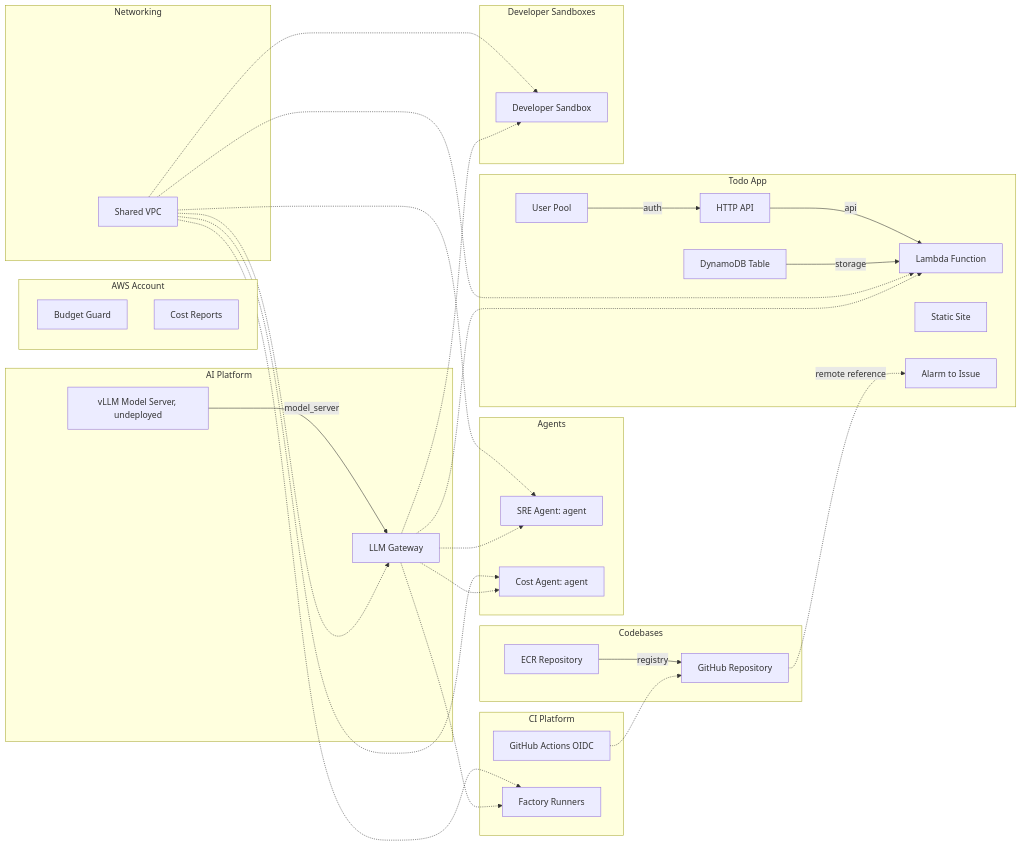
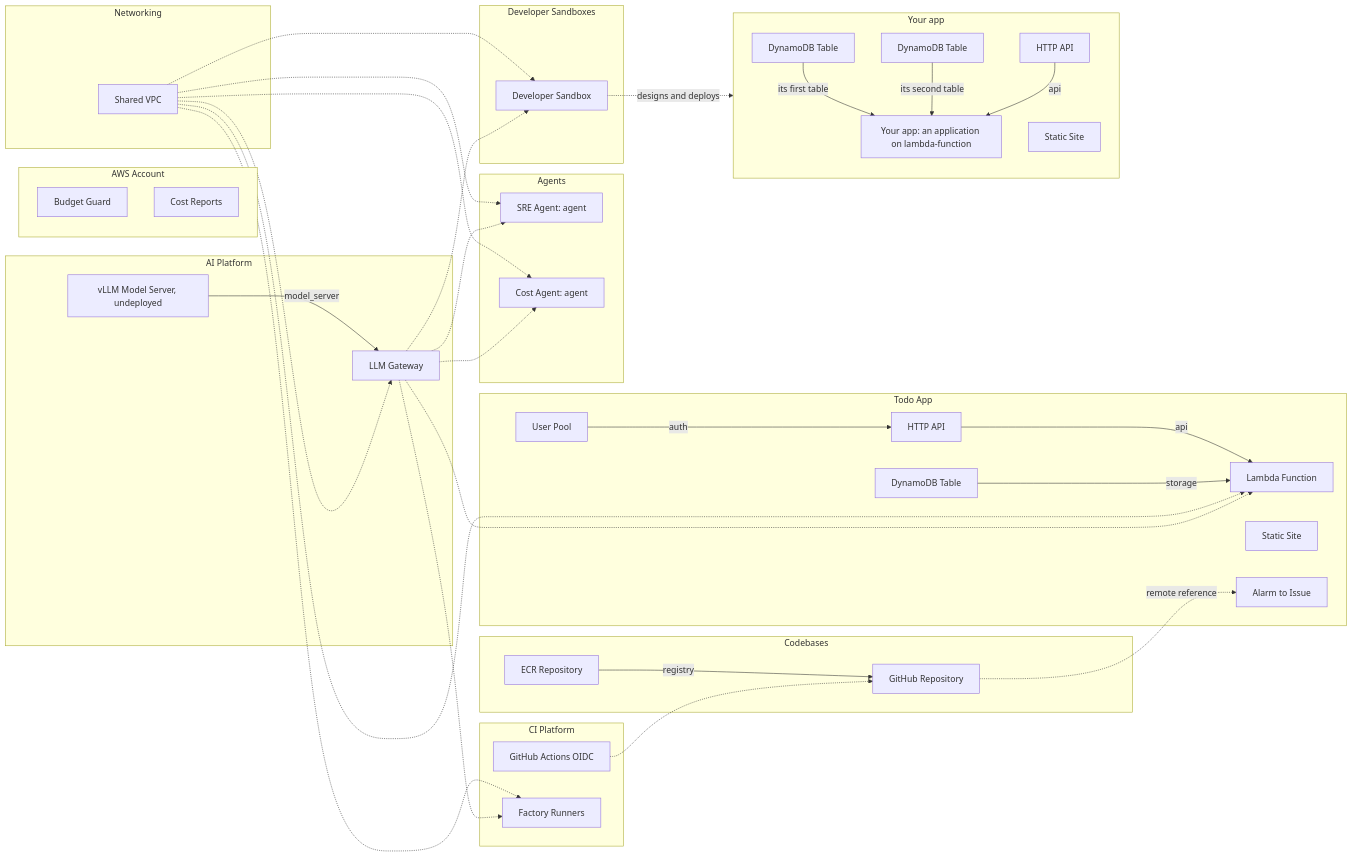
The second of 2 diagrams in WORKSHOP.md (massdriver-catalogs/aws-software-factory), drawn with Mermaid before and after one commit. The commit also changed other lines of this file and 2 other files, not shown here.

Commit message:
Show each app on the Lambda runtime in the architecture diagrams

````diff
--- a/WORKSHOP.md
+++ b/WORKSHOP.md
@@ -54,39 +56,46 @@
 ```mermaid
 flowchart LR
   subgraph ACCT[AWS Account]
     BG[Budget Guard]
     CR[Cost Reports]
   end
   subgraph NET[Networking]
     VPC[Shared VPC]
   end
   subgraph AI[AI Platform]
     GPU["vLLM Model Server, undeployed"] -->|model_server| GW[LLM Gateway]
   end
   subgraph CI[CI Platform]
     OIDC[GitHub Actions OIDC]
     RUN[Factory Runners]
   end
   subgraph AG[Agents]
     SRE["SRE Agent: agent"]
     COST["Cost Agent: agent"]
   end
   subgraph CB[Codebases]
     ECR[ECR Repository] -->|registry| REPO[GitHub Repository]
   end
   subgraph APP[Todo App]
     USR[User Pool] -->|auth| API[HTTP API]
     API -->|api| FN[Lambda Function]
     TBL[DynamoDB Table] -->|storage| FN
     WEB[Static Site]
     A2I[Alarm to Issue]
   end
+  subgraph YA[Your app]
+    YT1[DynamoDB Table] -->|its first table| YAPP["Your app: an application on lambda-function"]
+    YT2[DynamoDB Table] -->|its second table| YAPP
+    YAPI[HTTP API] -->|api| YAPP
+    YWEB[Static Site]
+  end
   subgraph DS[Developer Sandboxes]
     SB[Developer Sandbox]
   end
 
   VPC -.-> GW & RUN & SRE & COST & FN & SB
   GW -.-> RUN & SRE & COST & FN & SB
   OIDC -.-> REPO
+  SB -.->|designs and deploys| YA
   REPO -.->|remote reference| A2I
 ```
````
